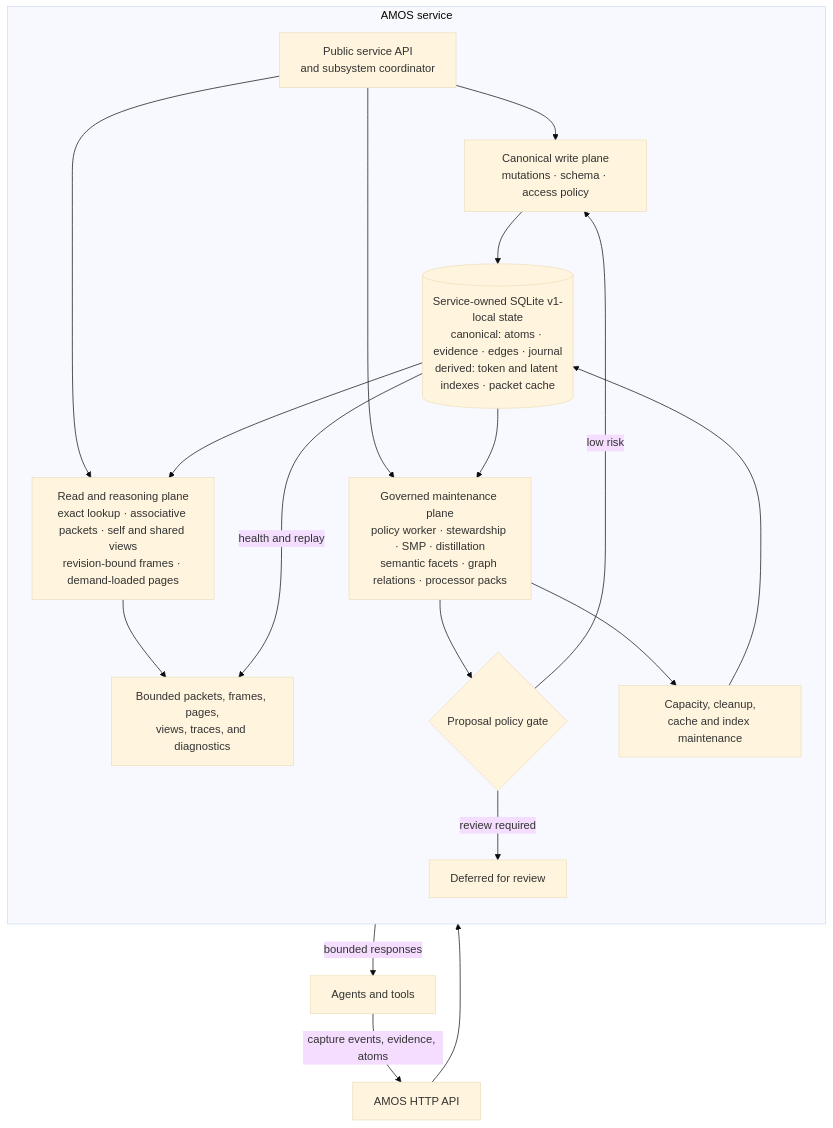
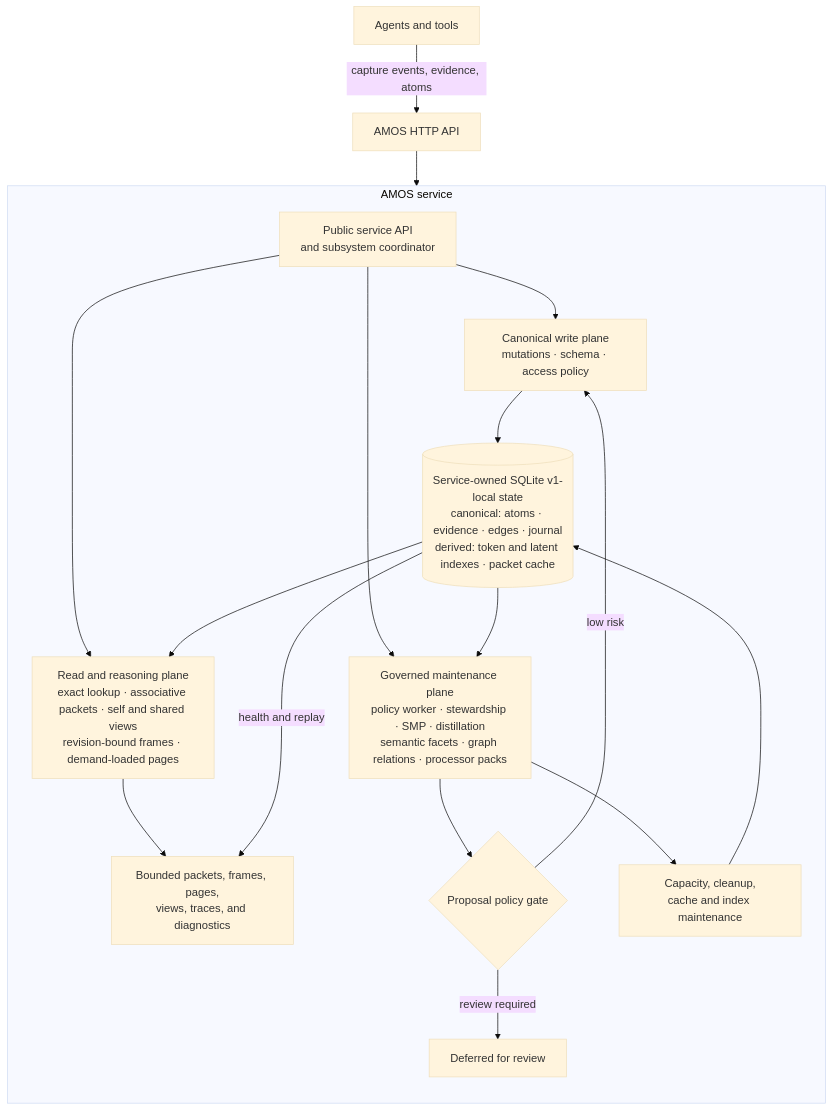
The diagram in README.md (adegany/amos), drawn with Mermaid (base theme) before and after one commit.

Commit message:
diagram update

````diff
--- a/README.md
+++ b/README.md
@@ -23,30 +23,29 @@
 ```mermaid
 flowchart TB
     A[Agents and tools] -->|capture events, evidence, atoms| H[AMOS HTTP API]
     H --> F
 
     subgraph AMOS[AMOS service]
         direction TB
         F[Public service API<br/>and subsystem coordinator]
         W[Canonical write plane<br/>mutations · schema · access policy]
         S[(Service-owned SQLite v1-local state<br/>canonical: atoms · evidence · edges · journal<br/>derived: token and latent indexes · packet cache)]
         R[Read and reasoning plane<br/>exact lookup · associative packets · self and shared views<br/>revision-bound frames · demand-loaded pages]
         O[Bounded packets, frames, pages,<br/>views, traces, and diagnostics]
         M[Governed maintenance plane<br/>policy worker · stewardship · SMP · distillation<br/>semantic facets · graph relations · processor packs]
         G{Proposal policy gate}
         D[Deferred for review]
         C[Capacity, cleanup,<br/>cache and index maintenance]
 
         F --> W --> S
         F --> R
         S --> R --> O
         F --> M
         S --> M --> G
         G -->|low risk| W
         G -->|review required| D
         M --> C --> S
         S -->|health and replay| O
     end
 
-    O -->|bounded responses| A
 ```
````
